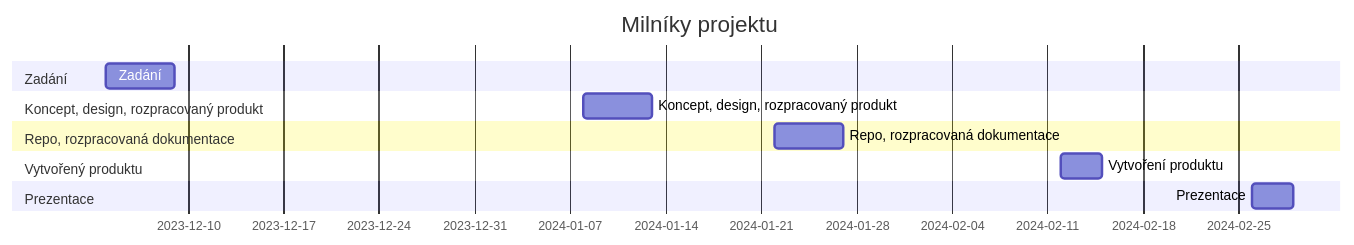
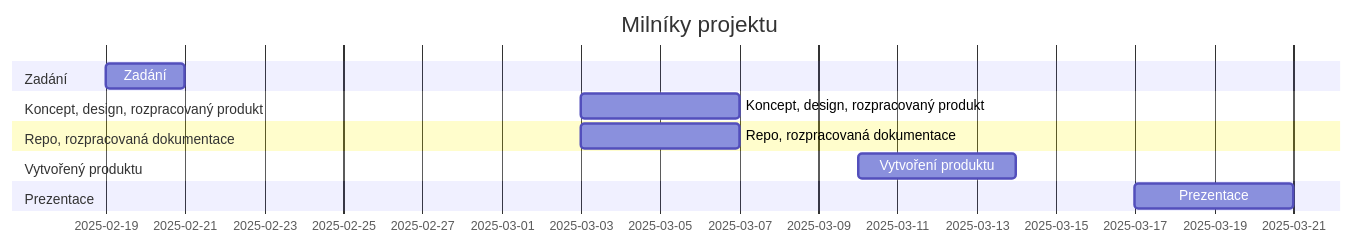
The diagram in zadani.md (Wlczak/4R-projekt-Mood-Lamp), drawn with Mermaid before and after one commit. The commit also changed other lines of this file, not shown here.

````diff
--- a/zadani.md
+++ b/zadani.md
@@ -24,15 +18,15 @@
 ```mermaid
 gantt
     title Milníky projektu
     dateFormat  YYYY-MM-DD
     section Zadání
-    Zadání                    :a1, 2023-12-04, 5d
+    Zadání                    :a1, 2025-02-19, 2d
     section Koncept, design, rozpracovaný produkt
-    Koncept, design, rozpracovaný produkt     :a2, 2024-01-08, 5d
+    Koncept, design, rozpracovaný produkt     :a2, 2025-03-03, 4d
     section Repo, rozpracovaná dokumentace
-    Repo, rozpracovaná dokumentace        :a3, 2024-01-22, 5d
+    Repo, rozpracovaná dokumentace        :a3, 2025-03-03, 4d
     section Vytvořený produktu
-    Vytvoření produktu       :a4, 2024-02-12, 3d
+    Vytvoření produktu       :a4, 2025-03-10, 4d
     section Prezentace
-    Prezentace                :a5, 2024-02-26, 3d
+    Prezentace                :a5, 2025-03-17, 4d
 ```
````
